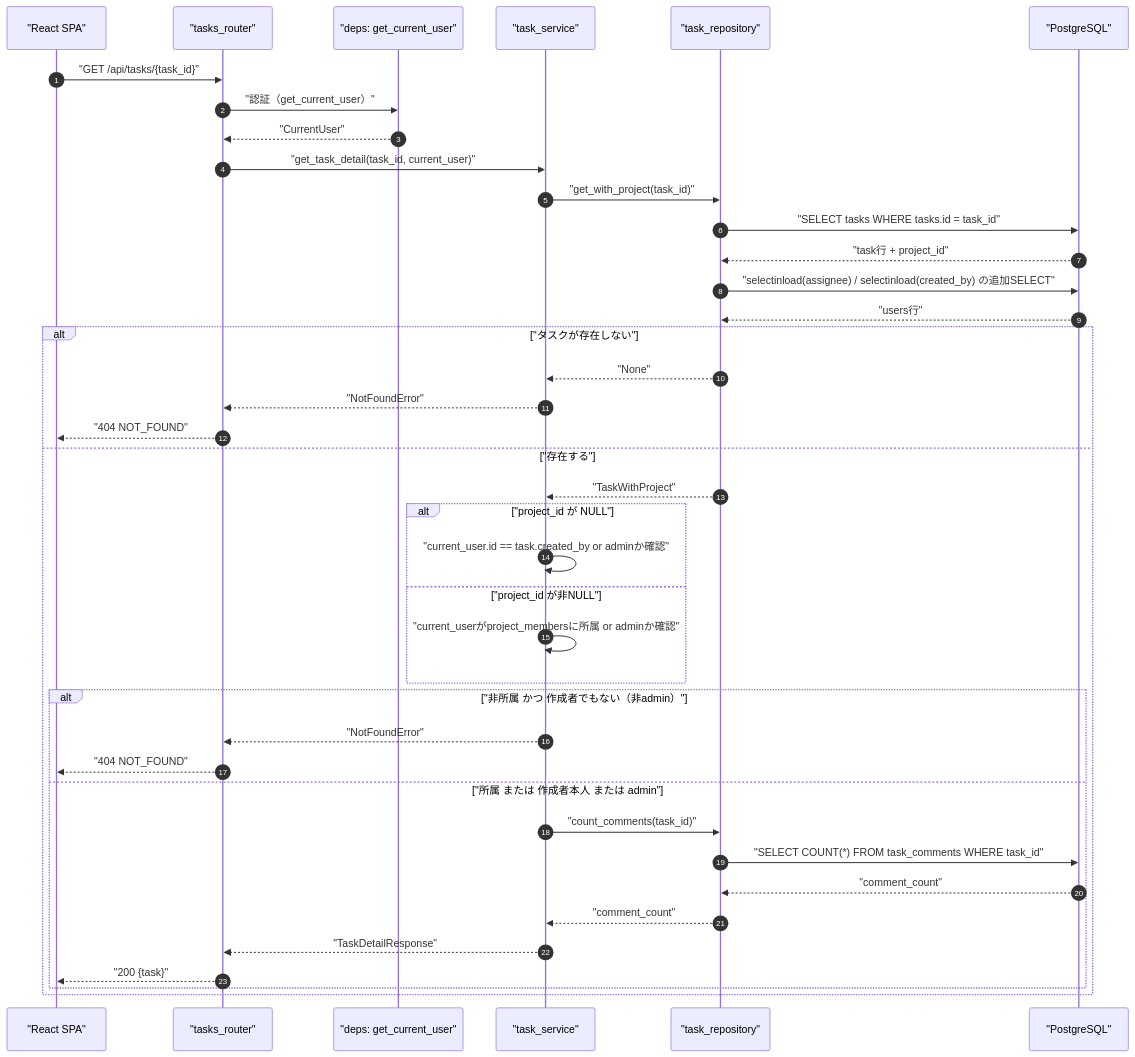
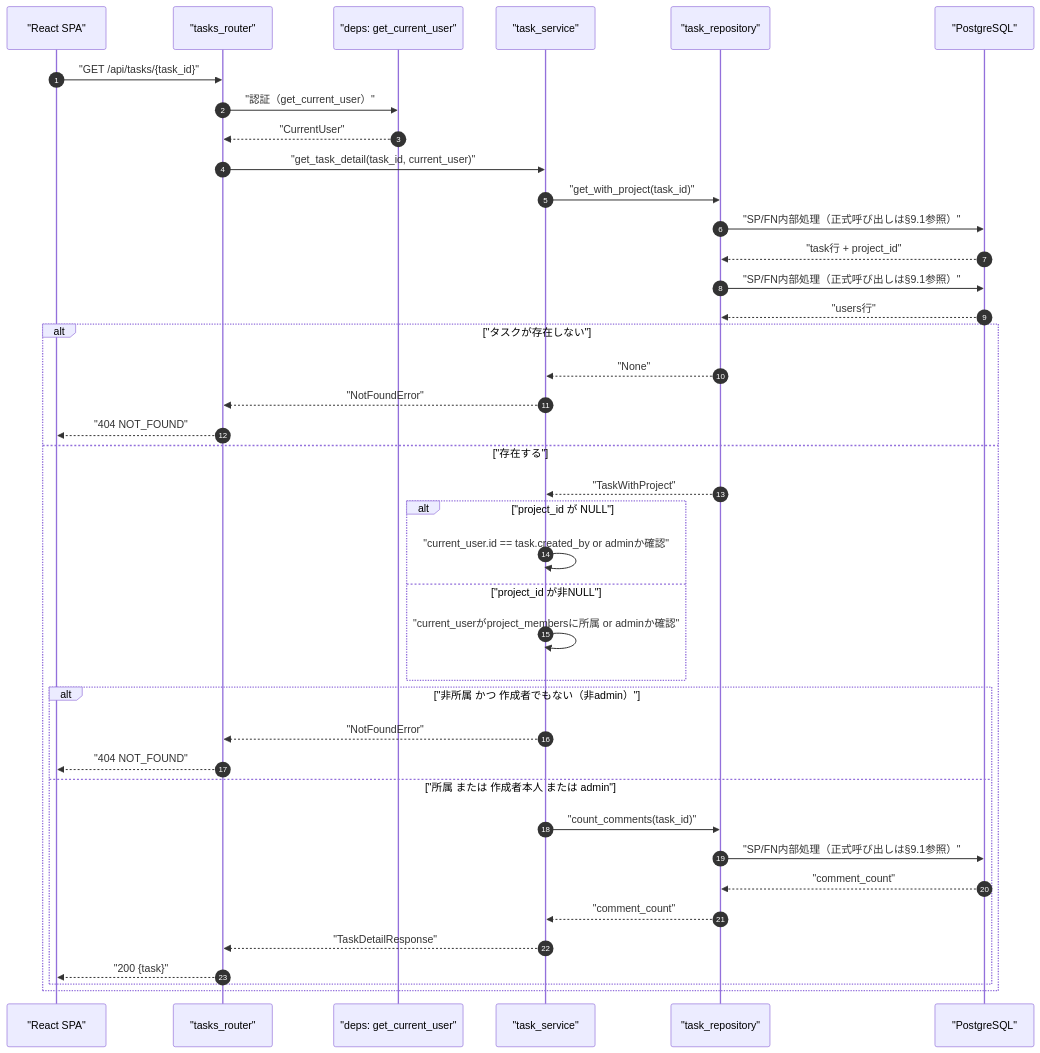
The first of 4 diagrams in detailed_design/api/tasks/03_get_task.md (oikawa-d/task_management), drawn with Mermaid before and after one commit. The commit also changed other lines of this file and 58 other files, not shown here.

````diff
--- a/detailed_design/api/tasks/03_get_task.md
+++ b/detailed_design/api/tasks/03_get_task.md
@@ -102,43 +102,43 @@
 ```mermaid
 sequenceDiagram
     autonumber
     participant FE as "React SPA"
     participant R as "tasks_router"
     participant D as "deps: get_current_user"
     participant S as "task_service"
     participant TR as "task_repository"
     participant PG as "PostgreSQL"
 
     FE->>R: "GET /api/tasks/{task_id}"
     R->>D: "認証（get_current_user）"
     D-->>R: "CurrentUser"
     R->>S: "get_task_detail(task_id, current_user)"
     S->>TR: "get_with_project(task_id)"
-    TR->>PG: "SELECT tasks WHERE tasks.id = task_id"
+    TR->>PG: "SP/FN内部処理（正式呼び出しは§9.1参照）"
     PG-->>TR: "task行 + project_id"
-    TR->>PG: "selectinload(assignee) / selectinload(created_by) の追加SELECT"
+    TR->>PG: "SP/FN内部処理（正式呼び出しは§9.1参照）"
     PG-->>TR: "users行"
     alt "タスクが存在しない"
         TR-->>S: "None"
         S-->>R: "NotFoundError"
         R-->>FE: "404 NOT_FOUND"
     else "存在する"
         TR-->>S: "TaskWithProject"
         alt "project_id が NULL"
             S->>S: "current_user.id == task.created_by or adminか確認"
         else "project_id が非NULL"
             S->>S: "current_userがproject_membersに所属 or adminか確認"
         end
         alt "非所属 かつ 作成者でもない（非admin）"
             S-->>R: "NotFoundError"
             R-->>FE: "404 NOT_FOUND"
         else "所属 または 作成者本人 または admin"
             S->>TR: "count_comments(task_id)"
-            TR->>PG: "SELECT COUNT(*) FROM task_comments WHERE task_id"
+            TR->>PG: "SP/FN内部処理（正式呼び出しは§9.1参照）"
             PG-->>TR: "comment_count"
             TR-->>S: "comment_count"
             S-->>R: "TaskDetailResponse"
             R-->>FE: "200 {task}"
         end
     end
 ```
````
